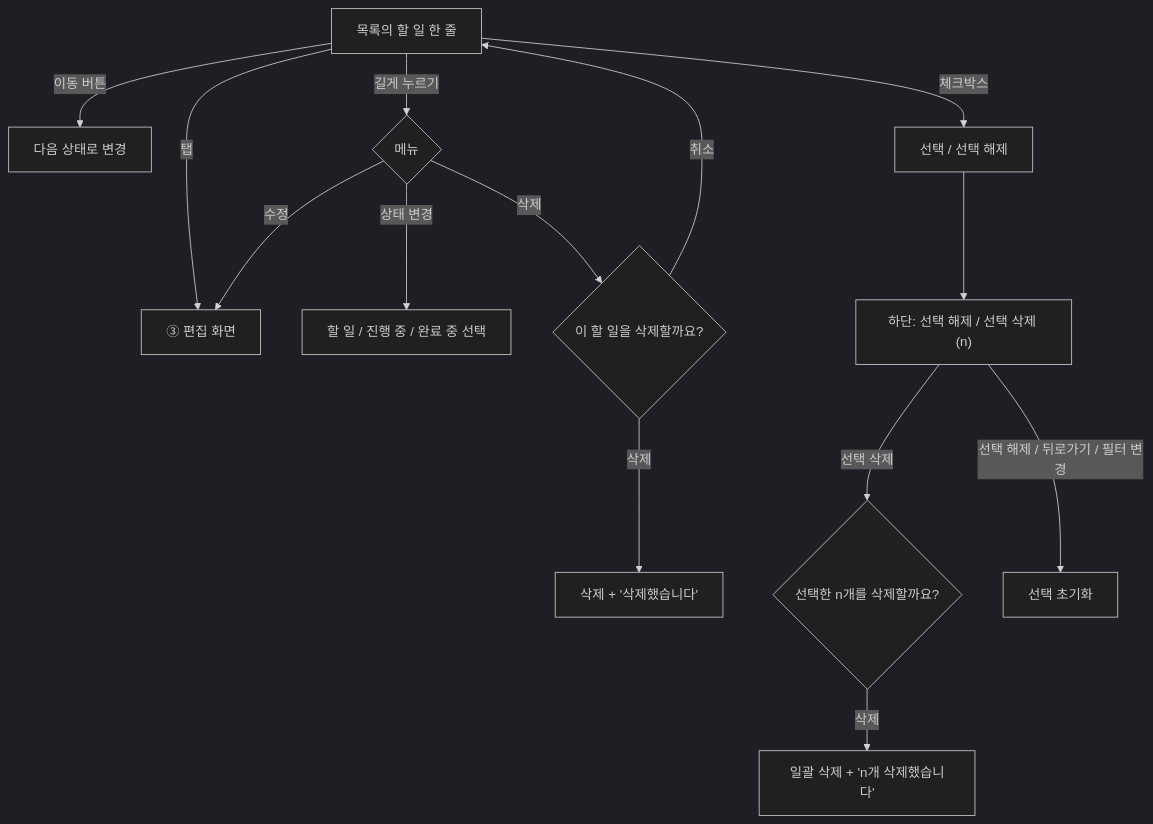
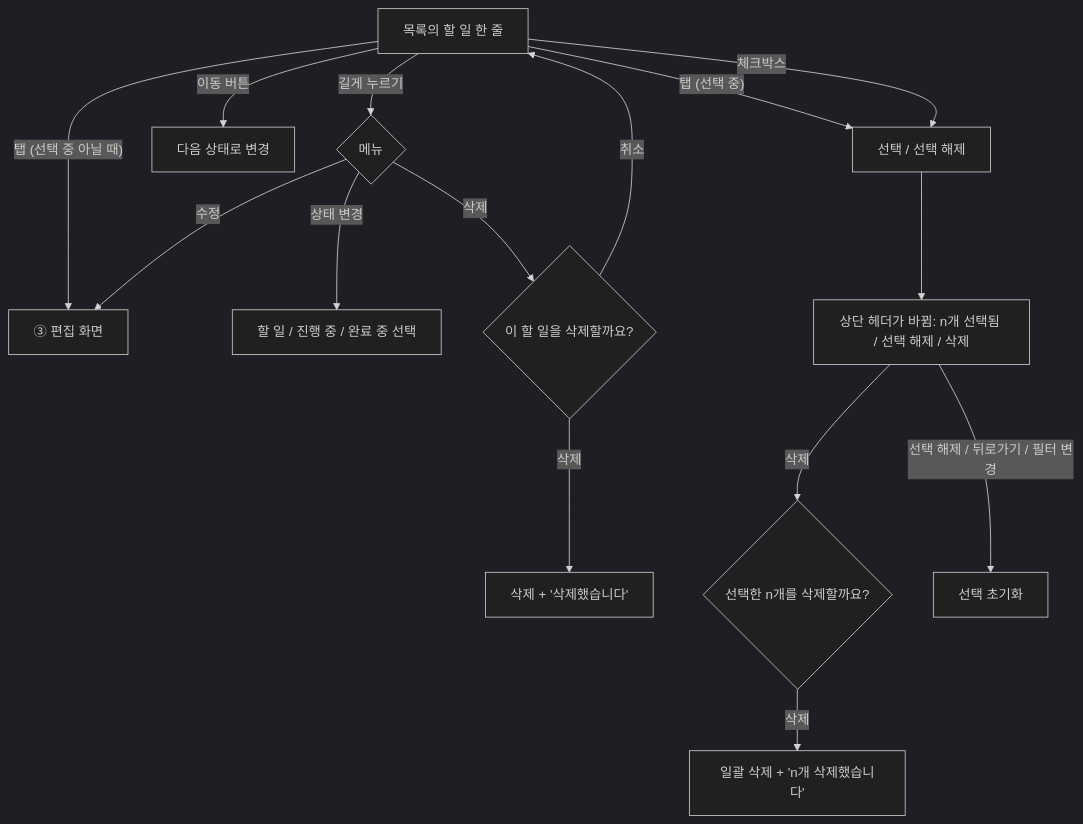
One commit to place-content/scu-mobile-app-assigment changed the second of 3 diagrams in docs/03-user-flow.md. Above: the diagram before and after it, drawn with Mermaid (dark theme). The commit also changed other lines of this file and 39 other files, not shown here.

````diff
--- a/docs/03-user-flow.md
+++ b/docs/03-user-flow.md
@@ -44,18 +44,19 @@
 ```mermaid
 flowchart TD
     Item["목록의 할 일 한 줄"]
-    Item -- "탭" --> Edit["③ 편집 화면"]
+    Item -- "탭 (선택 중 아닐 때)" --> Edit["③ 편집 화면"]
+    Item -- "탭 (선택 중)" --> Sel
     Item -- "이동 버튼" --> Next["다음 상태로 변경"]
     Item -- "체크박스" --> Sel["선택 / 선택 해제"]
     Item -- "길게 누르기" --> Menu{"메뉴"}
     Menu -- "상태 변경" --> Pick["할 일 / 진행 중 / 완료 중 선택"]
     Menu -- "수정" --> Edit
     Menu -- "삭제" --> Confirm{"이 할 일을 삭제할까요?"}
     Confirm -- "삭제" --> Del["삭제 + '삭제했습니다'"]
     Confirm -- "취소" --> Item
 
-    Sel --> Bar["하단: 선택 해제 / 선택 삭제 (n)"]
-    Bar -- "선택 삭제" --> Confirm2{"선택한 n개를 삭제할까요?"}
+    Sel --> Bar["상단 헤더가 바뀜: n개 선택됨 / 선택 해제 / 삭제"]
+    Bar -- "삭제" --> Confirm2{"선택한 n개를 삭제할까요?"}
     Confirm2 -- "삭제" --> DelN["일괄 삭제 + 'n개 삭제했습니다'"]
     Bar -- "선택 해제 / 뒤로가기 / 필터 변경" --> Clear["선택 초기화"]
 ```
````
